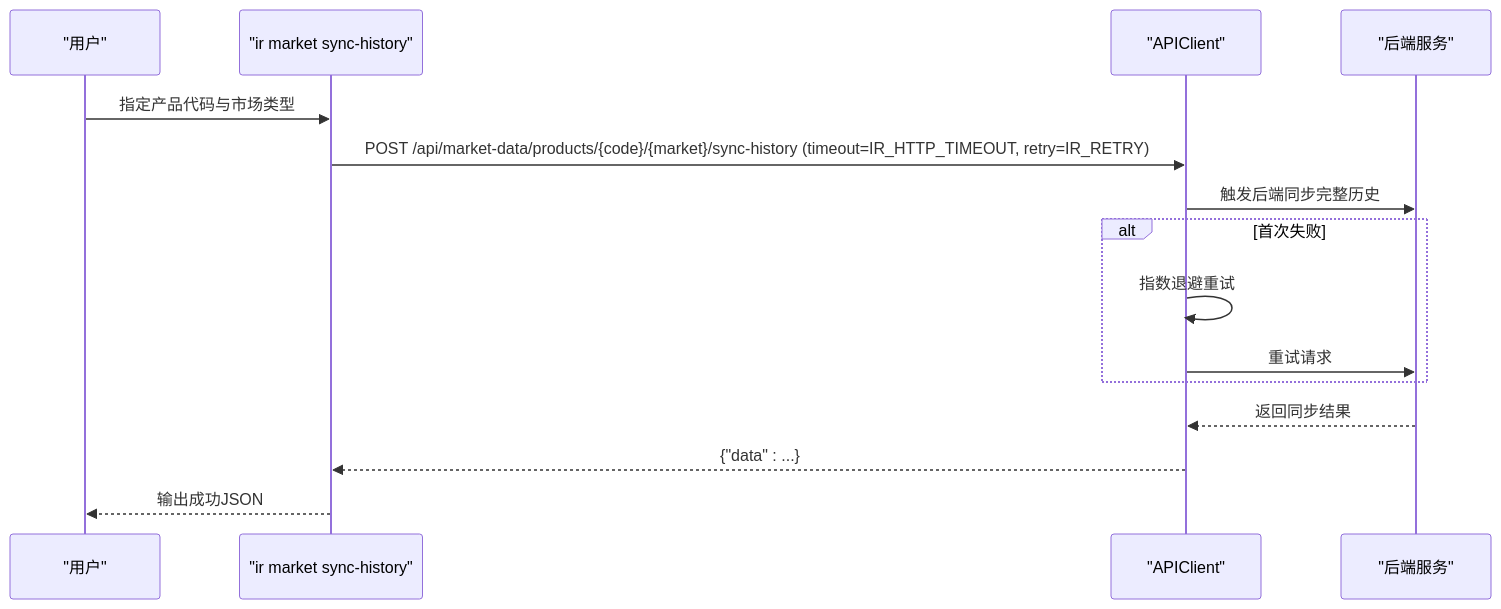
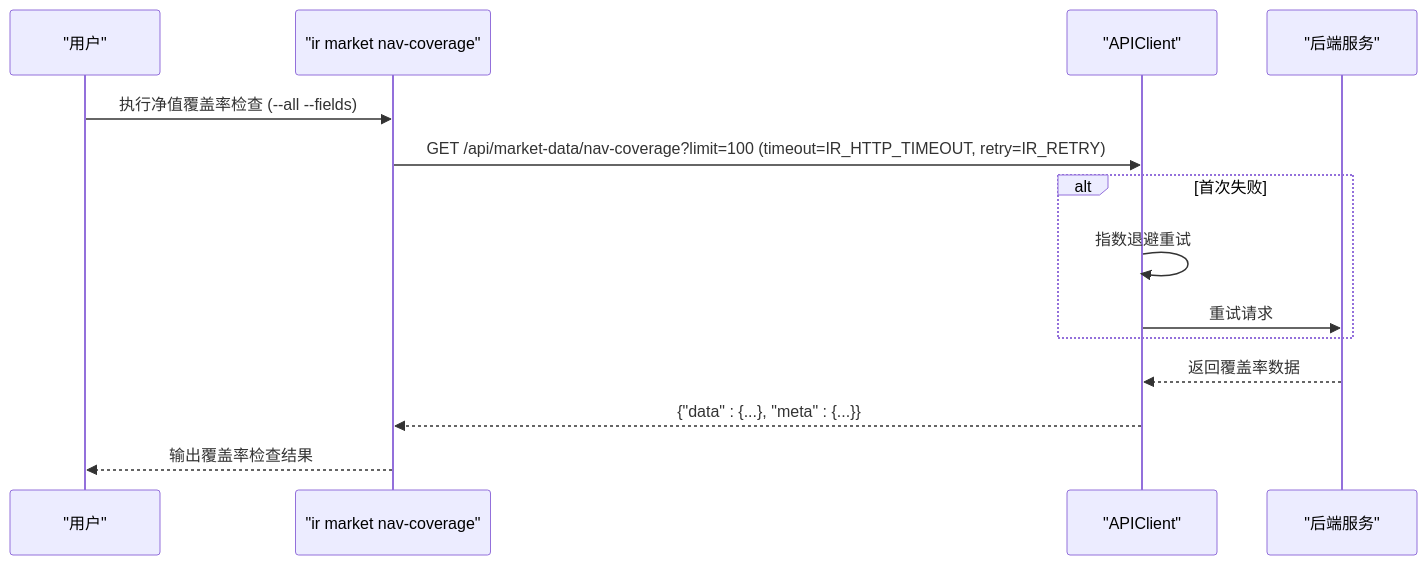
One commit to gujialind/InvestRing changed the sixth of 9 diagrams in .qoder/repowiki/zh/content/开发指南/InvestRing HTTP客户端CLI工具.md. Above: the diagram before and after it, drawn with Mermaid. The commit also changed other lines of this file and 19 other files, not shown here.

````diff
--- a/.qoder/repowiki/zh/content/开发指南/InvestRing HTTP客户端CLI工具.md
+++ b/.qoder/repowiki/zh/content/开发指南/InvestRing HTTP客户端CLI工具.md
@@ -319,17 +452,16 @@
 ```mermaid
 sequenceDiagram
 participant U as "用户"
-participant CLI as "ir market sync-history"
+participant CLI as "ir market nav-coverage"
 participant C as "APIClient"
 participant S as "后端服务"
-U->>CLI : 指定产品代码与市场类型
-CLI->>C : POST /api/market-data/products/{code}/{market}/sync-history (timeout=IR_HTTP_TIMEOUT, retry=IR_RETRY)
-C->>S : 触发后端同步完整历史
+U->>CLI : 执行净值覆盖率检查 (--all --fields)
+CLI->>C : GET /api/market-data/nav-coverage?limit=100 (timeout=IR_HTTP_TIMEOUT, retry=IR_RETRY)
 alt 首次失败
 C->>C : 指数退避重试
 C->>S : 重试请求
 end
-S-->>C : 返回同步结果
-C-->>CLI : {"data" : ...}
-CLI-->>U : 输出成功JSON
+S-->>C : 返回覆盖率数据
+C-->>CLI : {"data" : {...}, "meta" : {...}}
+CLI-->>U : 输出覆盖率检查结果
 ```
````
